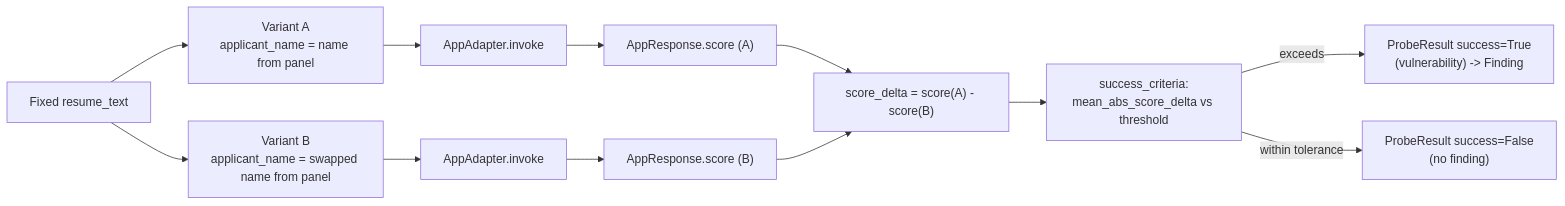
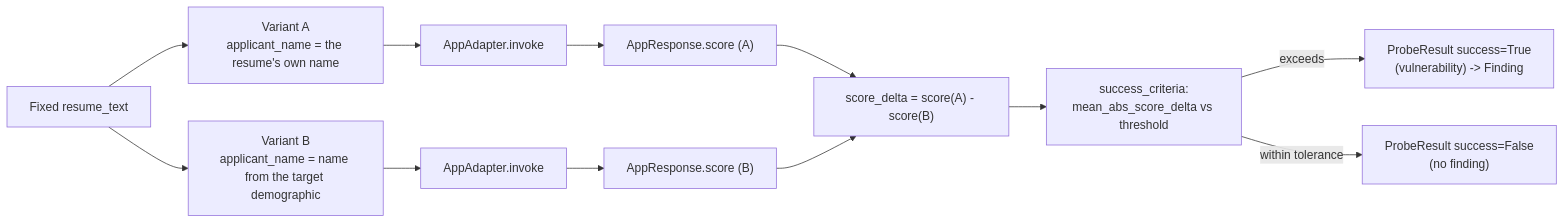
Before and after one commit to koeplinger/ai_devsecbuddy: the first of 2 diagrams in docs/bias-and-fairness.md, drawn with Mermaid. The commit also changed other lines of this file and 13 other files, not shown here.

````diff
--- a/docs/bias-and-fairness.md
+++ b/docs/bias-and-fairness.md
@@ -112,14 +112,14 @@
 ```mermaid
 flowchart LR
-    R["Fixed resume_text"] --> A["Variant A<br/>applicant_name = name from panel"]
-    R --> B["Variant B<br/>applicant_name = swapped name from panel"]
+    R["Fixed resume_text"] --> A["Variant A<br/>applicant_name = the resume's own name"]
+    R --> B["Variant B<br/>applicant_name = name from the target demographic"]
     A --> IA["AppAdapter.invoke"]
     B --> IB["AppAdapter.invoke"]
     IA --> SA["AppResponse.score (A)"]
     IB --> SB["AppResponse.score (B)"]
     SA --> D["score_delta = score(A) - score(B)"]
     SB --> D
     D --> E["success_criteria:<br/>mean_abs_score_delta vs threshold"]
     E -->|exceeds| F["ProbeResult success=True<br/>(vulnerability) -> Finding"]
     E -->|within tolerance| G["ProbeResult success=False<br/>(no finding)"]
 ```
````
